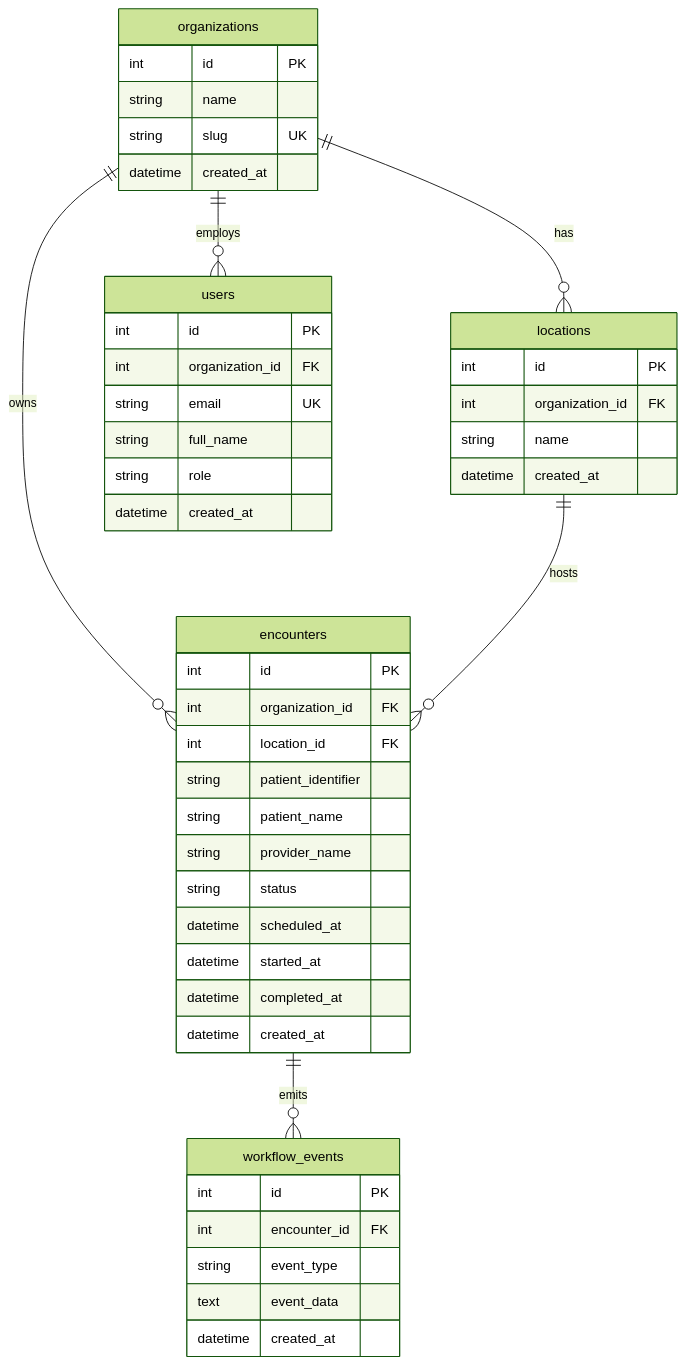
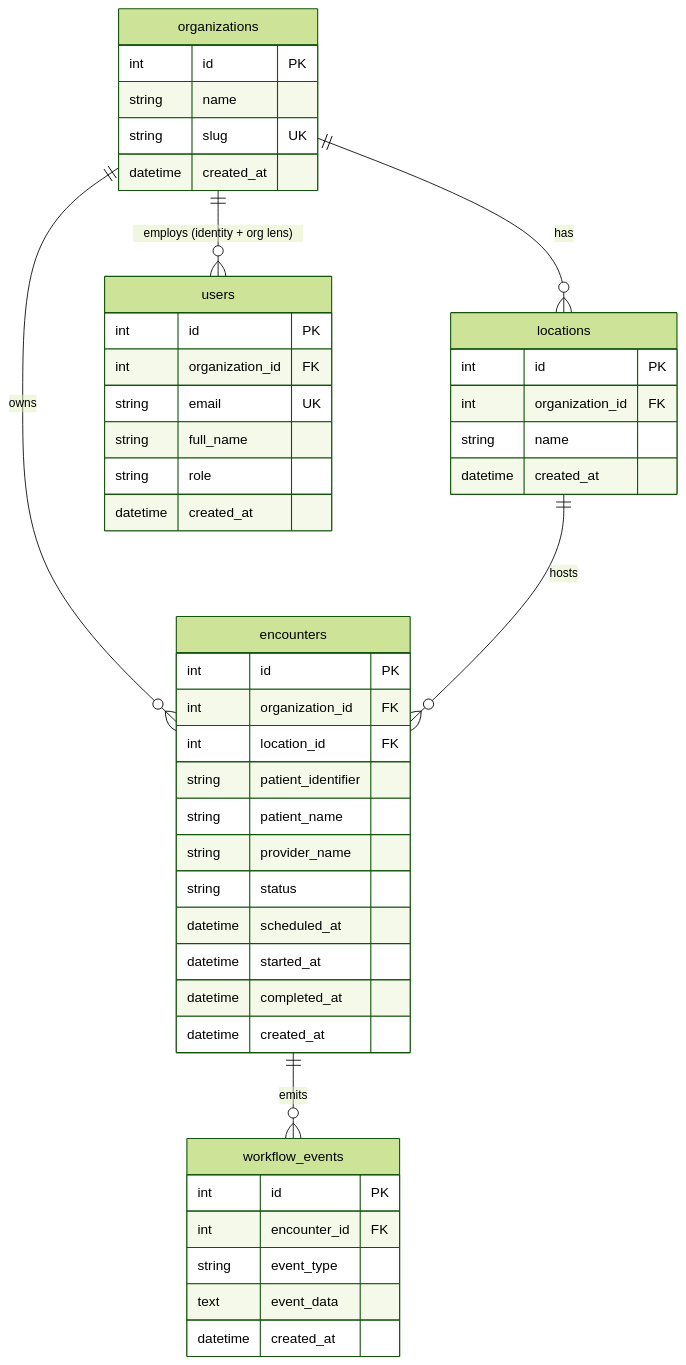
One commit to thekidd2227/chartnav-platform changed the diagram in docs/diagrams/er-diagram.md. Above: the diagram before and after it, drawn with Mermaid (forest theme). The commit also changed other lines of this file and 13 other files, not shown here.

````diff
--- a/docs/diagrams/er-diagram.md
+++ b/docs/diagrams/er-diagram.md
@@ -3,49 +3,49 @@
 ```mermaid
 erDiagram
-  organizations ||--o{ locations     : "has"
-  organizations ||--o{ users         : "employs"
-  organizations ||--o{ encounters    : "owns"
-  locations     ||--o{ encounters    : "hosts"
-  encounters    ||--o{ workflow_events : "emits"
+  organizations ||--o{ locations        : "has"
+  organizations ||--o{ users            : "employs (identity + org lens)"
+  organizations ||--o{ encounters       : "owns"
+  locations     ||--o{ encounters       : "hosts"
+  encounters    ||--o{ workflow_events  : "emits"
 
   organizations {
     int id PK
     string name
     string slug UK
     datetime created_at
   }
   locations {
     int id PK
     int organization_id FK
     string name
     datetime created_at
   }
   users {
     int id PK
     int organization_id FK
     string email UK
     string full_name
     string role
     datetime created_at
   }
   encounters {
     int id PK
     int organization_id FK
     int location_id FK
     string patient_identifier
     string patient_name
     string provider_name
     string status
     datetime scheduled_at
     datetime started_at
     datetime completed_at
     datetime created_at
   }
   workflow_events {
     int id PK
     int encounter_id FK
     string event_type
     text event_data
     datetime created_at
   }
 ```
````
